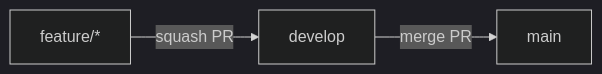
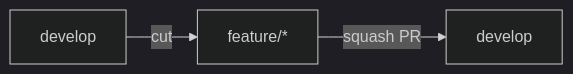
Before and after one commit to CIW8981/branching: the first of 8 diagrams in docs/BRANCHING.md, drawn with Mermaid (dark theme). The commit also changed other lines of this file, not shown here.

Commit message:
docs(branching): add a diagram to every how-to section

````diff
--- a/docs/BRANCHING.md
+++ b/docs/BRANCHING.md
@@ -67,4 +67,4 @@
 ```mermaid
 flowchart LR
-    F["feature/*"] -->|"squash PR"| D["develop"] -->|"merge PR"| M["main"]
+    D["develop"] -->|"cut"| F["feature/*"] -->|"squash PR"| D2["develop"]
 ```
````
